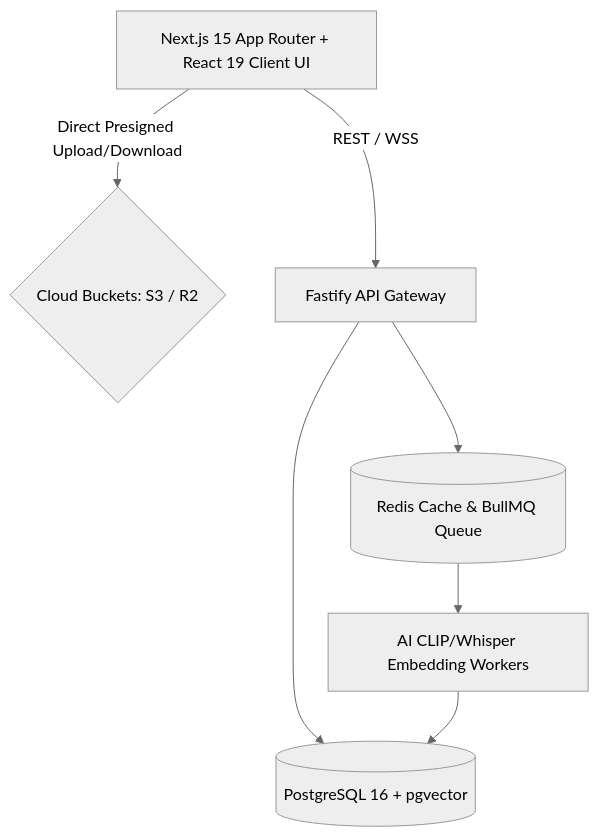
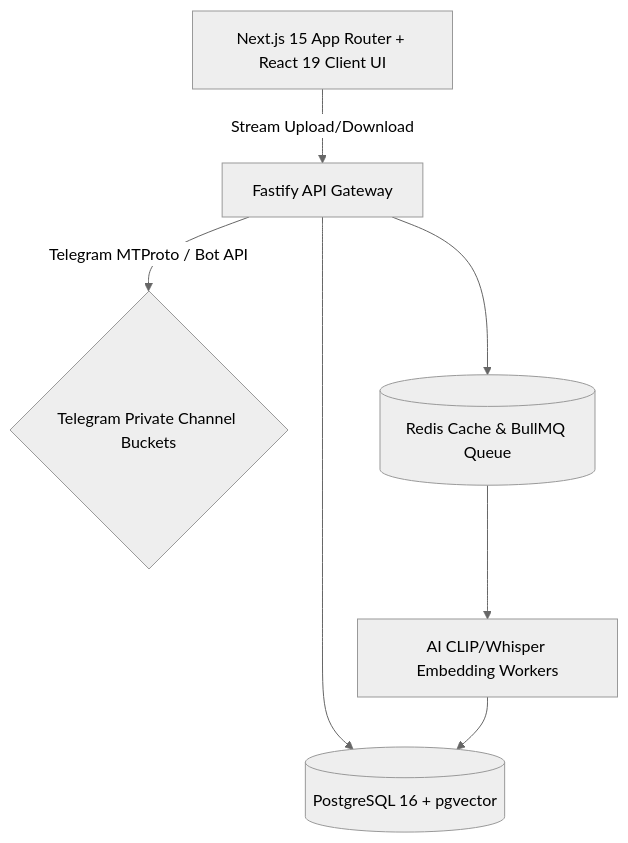
Before and after one commit to vanrajsinh650/BucketSpace: the diagram in context/PROJECT_STATE.md, drawn with Mermaid (neutral theme). The commit also changed other lines of this file and 3 other files, not shown here.

Commit message:
refactor: pivot Phase 1 MVP core focus to Telegram Cloud Storage Drive system

````diff
--- a/context/PROJECT_STATE.md
+++ b/context/PROJECT_STATE.md
@@ -30,9 +30,9 @@
 ```mermaid
 graph TD
-    UI[Next.js 15 App Router + React 19 Client UI] -->|Direct Presigned Upload/Download| CloudStorage{Cloud Buckets: S3 / R2}
-    UI -->|REST / WSS| Gateway[Fastify API Gateway]
+    UI[Next.js 15 App Router + React 19 Client UI] -->|Stream Upload/Download| Gateway[Fastify API Gateway]
+    Gateway -->|Telegram MTProto / Bot API| TelegramStorage{Telegram Private Channel Buckets}
     Gateway --> DB[(PostgreSQL 16 + pgvector)]
     Gateway --> Cache[(Redis Cache & BullMQ Queue)]
     Cache --> Workers[AI CLIP/Whisper Embedding Workers]
     Workers --> DB
 ```
````
